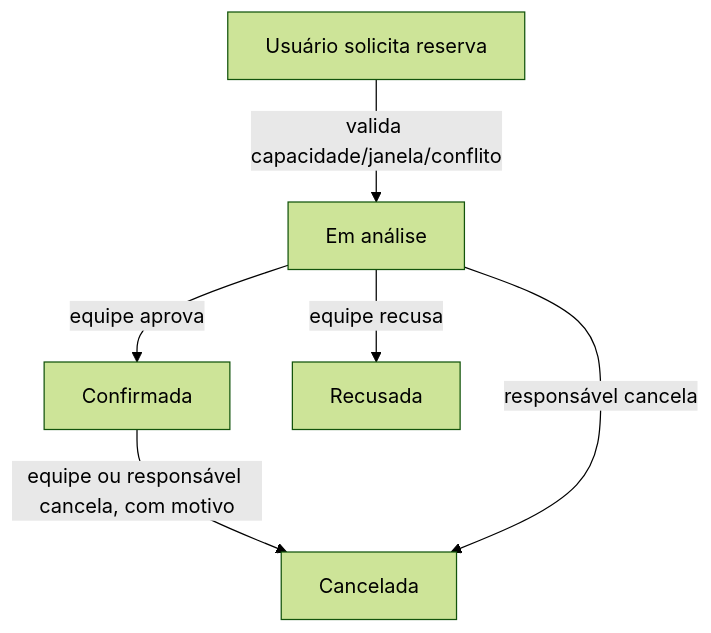
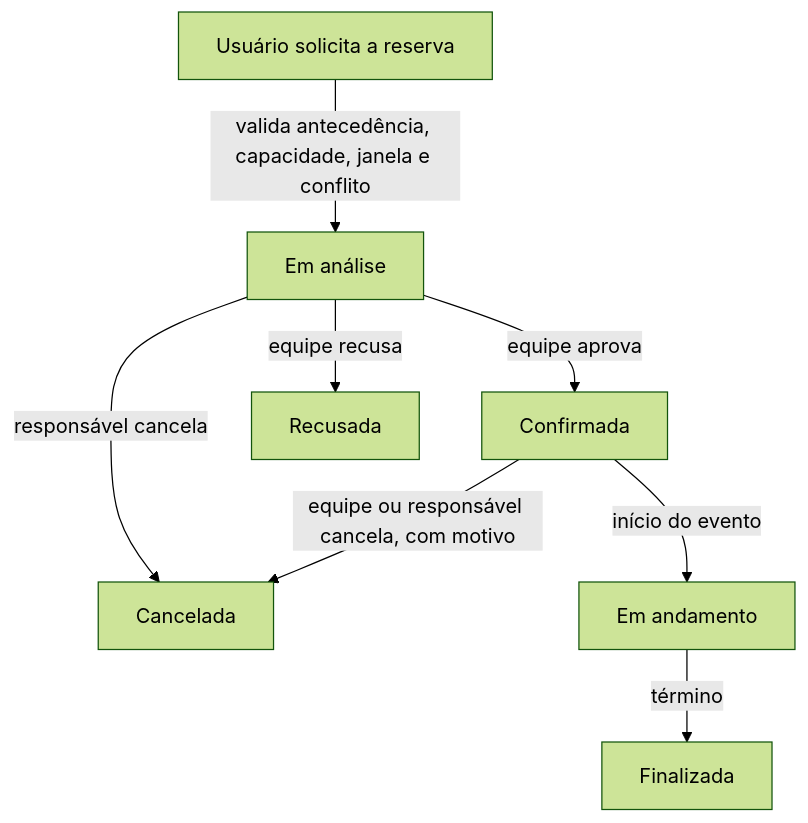
One commit to bebberjoao/RoosterOneBackend changed the fifth of 10 diagrams in docs/system/05-fluxos-do-sistema.md. Above: the diagram before and after it, drawn with Mermaid (forest theme). The commit also changed other lines of this file and 5 other files, not shown here.

````diff
--- a/docs/system/05-fluxos-do-sistema.md
+++ b/docs/system/05-fluxos-do-sistema.md
@@ -63,8 +87,10 @@
 ```mermaid
 flowchart TD
-    A[Usuário solicita reserva] -->|valida capacidade/janela/conflito| B[Em análise]
+    A[Usuário solicita a reserva] -->|valida antecedência, capacidade, janela e conflito| B[Em análise]
     B -->|equipe aprova| C[Confirmada]
     B -->|equipe recusa| D[Recusada]
     C -->|equipe ou responsável cancela, com motivo| E[Cancelada]
     B -->|responsável cancela| E
+    C -->|início do evento| F[Em andamento]
+    F -->|término| G[Finalizada]
 ```
````
